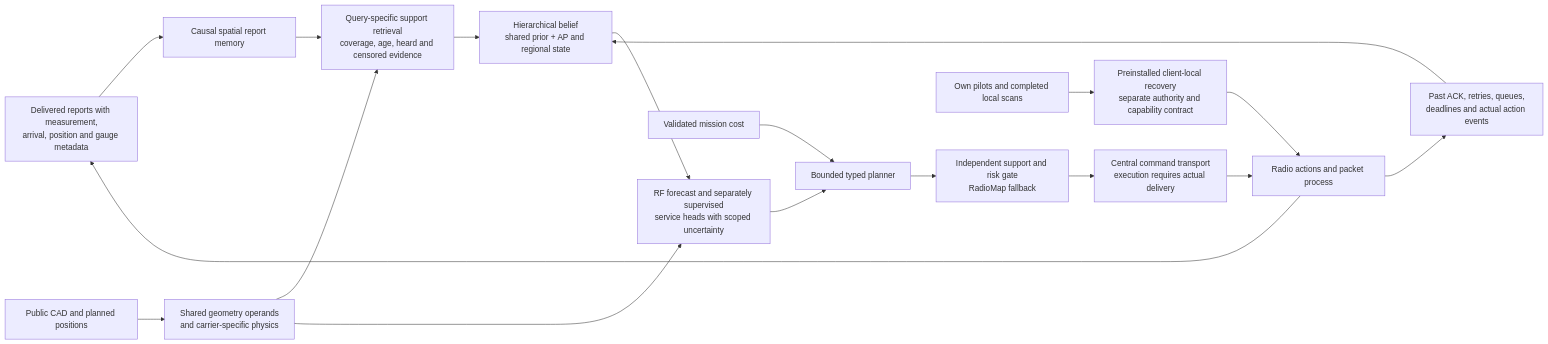
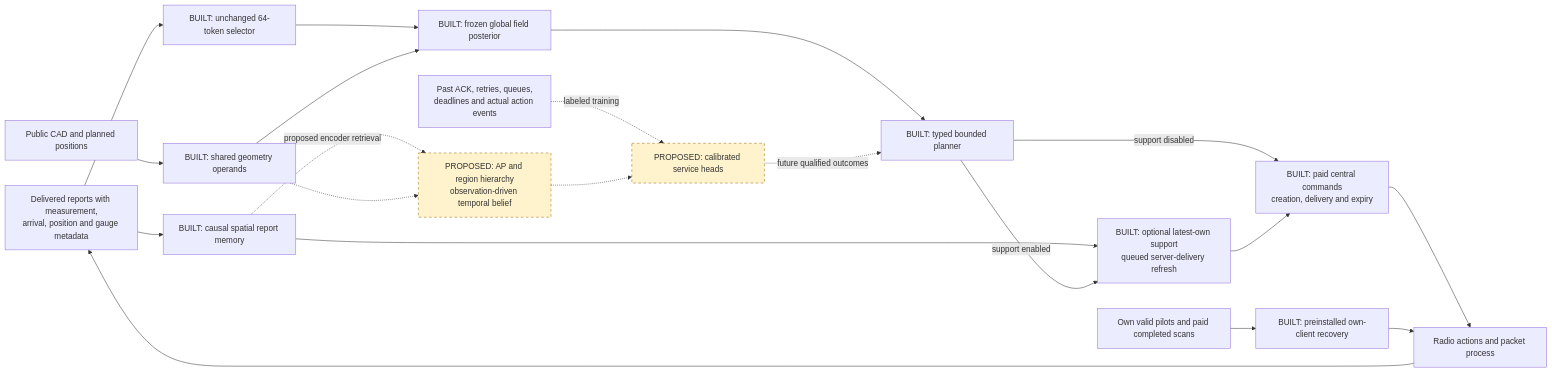
Before and after one commit to Danielfoojunwei/SDTH-submission-PreceptualAI: the diagram in docs/research_status/NEXT_MODEL.md, drawn with Mermaid. The commit also changed other lines of this file and 13 other files, not shown here.

Commit message:
Publish verified spatial-control results, architecture and interactive explorer

````diff
--- a/docs/research_status/NEXT_MODEL.md
+++ b/docs/research_status/NEXT_MODEL.md
@@ -25,20 +35,24 @@
 ```mermaid
 flowchart LR
-    REPORT[Delivered reports with measurement,<br/>arrival, position and gauge metadata] --> MEMORY[Causal spatial report memory]
-    CAD[Public CAD and planned positions] --> OPS[Shared geometry operands<br/>and carrier-specific physics]
-    MEMORY --> RETRIEVE[Query-specific support retrieval<br/>coverage, age, heard and censored evidence]
-    OPS --> RETRIEVE
-    RETRIEVE --> BELIEF[Hierarchical belief<br/>shared prior + AP and regional state]
-    PROTOCOL[Past ACK, retries, queues,<br/>deadlines and actual action events] --> BELIEF
-    BELIEF --> HEADS[RF forecast and separately supervised<br/>service heads with scoped uncertainty]
-    OPS --> HEADS
-    HEADS --> PLANNER[Bounded typed planner]
-    MISSION[Validated mission cost] --> PLANNER
-    PLANNER --> GATE[Independent support and risk gate<br/>RadioMap fallback]
-    GATE --> COMMAND[Central command transport<br/>execution requires actual delivery]
+    REPORT[Delivered reports with measurement,<br/>arrival, position and gauge metadata] --> MEMORY[BUILT: causal spatial report memory]
+    REPORT --> SELECT[BUILT: unchanged 64-token selector]
+    CAD[Public CAD and planned positions] --> OPS[BUILT: shared geometry operands]
+    SELECT --> GLOBAL[BUILT: frozen global field posterior]
+    OPS --> GLOBAL
+    GLOBAL --> PLANNER[BUILT: typed bounded planner]
+    MEMORY --> SUPPORT[BUILT: optional latest-own support<br/>queued server-delivery refresh]
+    PLANNER -->|support enabled| SUPPORT
+    PLANNER -->|support disabled| COMMAND
+    SUPPORT --> COMMAND[BUILT: paid central commands<br/>creation, delivery and expiry]
     COMMAND --> RADIO[Radio actions and packet process]
-    LOCAL[Own pilots and completed local scans] --> RECOVERY[Preinstalled client-local recovery<br/>separate authority and capability contract]
+    LOCAL[Own valid pilots and paid completed scans] --> RECOVERY[BUILT: preinstalled own-client recovery]
     RECOVERY --> RADIO
-    RADIO --> PROTOCOL
     RADIO --> REPORT
+    MEMORY -. proposed encoder retrieval .-> BELIEF[PROPOSED: AP and region hierarchy<br/>observation-driven temporal belief]
+    PROTOCOL[Past ACK, retries, queues,<br/>deadlines and actual action events] -. labeled training .-> HEADS[PROPOSED: calibrated service heads]
+    BELIEF -.-> HEADS
+    OPS -.-> BELIEF
+    HEADS -. future qualified outcomes .-> PLANNER
+    classDef proposed fill:#fff3cd,stroke:#9a6700,stroke-dasharray:5 5
+    class BELIEF,HEADS proposed
 ```
````
